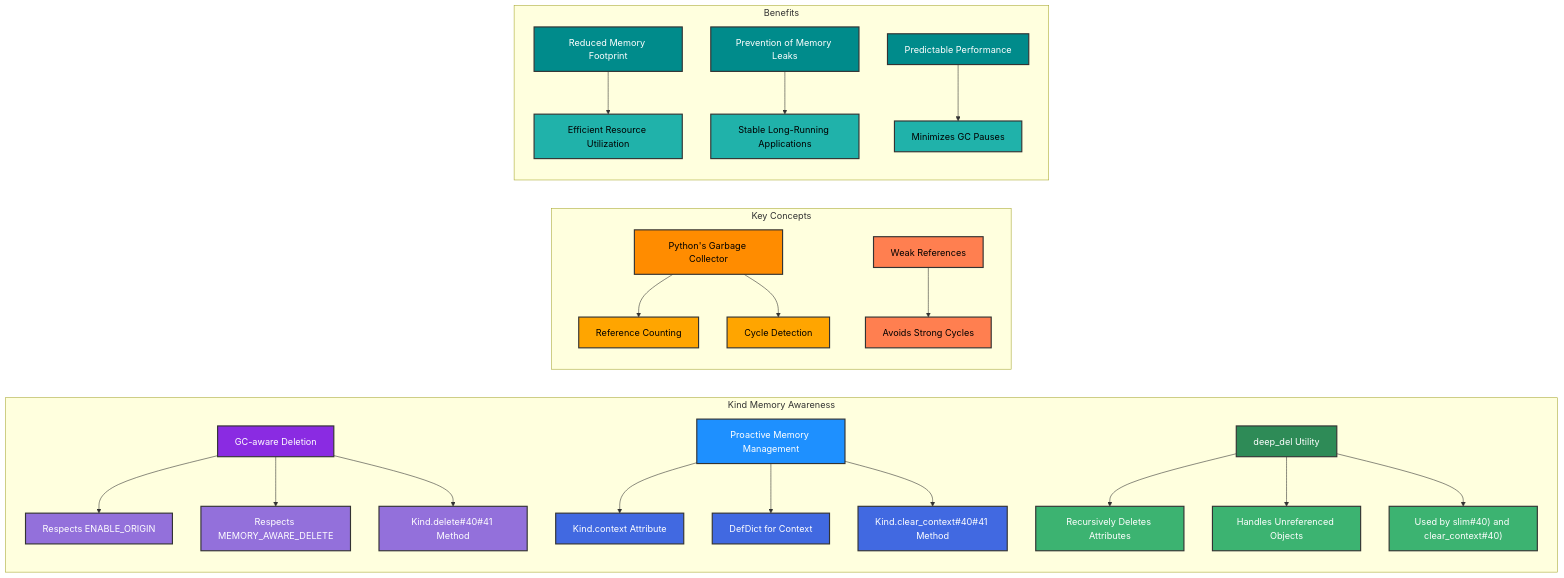
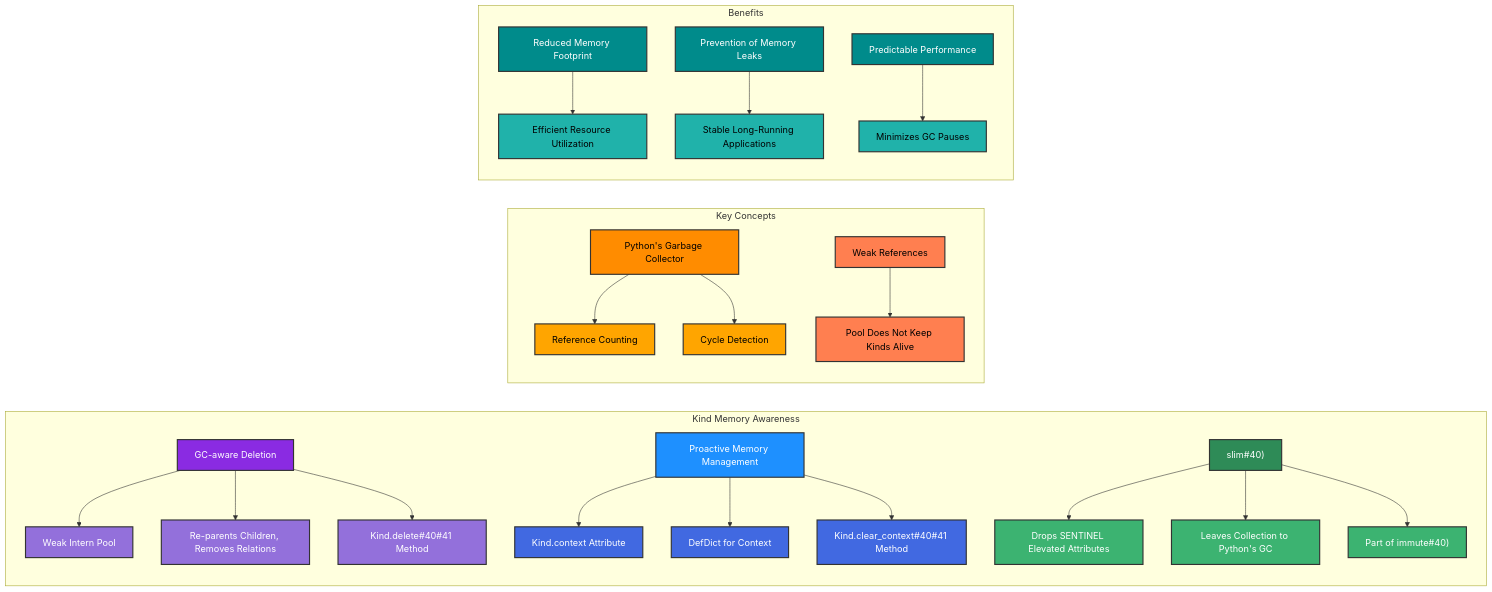
Before and after one commit to ikko/kind: the diagram in docs/topics/10_memory_awareness/memory_awareness_overview.mmd, drawn with Mermaid. The commit also changed 62 other files, not shown here.

```diff
--- a/docs/topics/10_memory_awareness/memory_awareness_overview.mmd
+++ b/docs/topics/10_memory_awareness/memory_awareness_overview.mmd
@@ -1,59 +1,59 @@
 graph LR
     subgraph "Kind Memory Awareness"
-        A[GC-aware Deletion] --> B[Respects ENABLE_ORIGIN];
-        A --> C[Respects MEMORY_AWARE_DELETE];
+        A[GC-aware Deletion] --> B[Weak Intern Pool];
+        A --> C[Re-parents Children, Removes Relations];
         A --> D[Kind.delete#40#41 Method];
 
         E[Proactive Memory Management] --> F[Kind.context Attribute];
         E --> G[DefDict for Context];
         E --> H[Kind.clear_context#40#41 Method];
 
-        I[deep_del Utility] --> J[Recursively Deletes Attributes];
-        I --> K[Handles Unreferenced Objects];
-        I --> L[Used by slim#40#41; and clear_context#40#41;];
+        I[slim#40#41;] --> J[Drops SENTINEL Elevated Attributes];
+        I --> K[Leaves Collection to Python's GC];
+        I --> L[Part of immute#40#41;];
     end
 
     subgraph "Key Concepts"
         M[Python's Garbage Collector] --> N[Reference Counting];
         M --> O[Cycle Detection];
-        P[Weak References] --> Q[Avoids Strong Cycles];
+        P[Weak References] --> Q[Pool Does Not Keep Kinds Alive];
     end
 
     subgraph "Benefits"
         R[Reduced Memory Footprint] --> S[Efficient Resource Utilization];
         T[Prevention of Memory Leaks] --> U[Stable Long-Running Applications];
         V[Predictable Performance] --> W[Minimizes GC Pauses];
     end
 
     %% Core deletion functionality - purple theme
     style A fill:#8A2BE2,stroke:#333,stroke-width:2px,color:#FFFFFF;
     style B fill:#9370DB,stroke:#333,stroke-width:2px,color:#FFFFFF;
     style C fill:#9370DB,stroke:#333,stroke-width:2px,color:#FFFFFF;
     style D fill:#9370DB,stroke:#333,stroke-width:2px,color:#FFFFFF;
 
     %% Proactive management - blue theme
     style E fill:#1E90FF,stroke:#333,stroke-width:2px,color:#FFFFFF;
     style F fill:#4169E1,stroke:#333,stroke-width:2px,color:#FFFFFF;
     style G fill:#4169E1,stroke:#333,stroke-width:2px,color:#FFFFFF;
     style H fill:#4169E1,stroke:#333,stroke-width:2px,color:#FFFFFF;
 
     %% Utility functions - green theme
     style I fill:#2E8B57,stroke:#333,stroke-width:2px,color:#FFFFFF;
     style J fill:#3CB371,stroke:#333,stroke-width:2px,color:#FFFFFF;
     style K fill:#3CB371,stroke:#333,stroke-width:2px,color:#FFFFFF;
     style L fill:#3CB371,stroke:#333,stroke-width:2px,color:#FFFFFF;
 
     %% Python concepts - orange theme
     style M fill:#FF8C00,stroke:#333,stroke-width:2px,color:#000000;
     style N fill:#FFA500,stroke:#333,stroke-width:2px,color:#000000;
     style O fill:#FFA500,stroke:#333,stroke-width:2px,color:#000000;
     style P fill:#FF7F50,stroke:#333,stroke-width:2px,color:#000000;
     style Q fill:#FF7F50,stroke:#333,stroke-width:2px,color:#000000;
 
     %% Benefits - teal theme
     style R fill:#008B8B,stroke:#333,stroke-width:2px,color:#FFFFFF;
     style S fill:#20B2AA,stroke:#333,stroke-width:2px,color:#000000;
     style T fill:#008B8B,stroke:#333,stroke-width:2px,color:#FFFFFF;
     style U fill:#20B2AA,stroke:#333,stroke-width:2px,color:#000000;
     style V fill:#008B8B,stroke:#333,stroke-width:2px,color:#FFFFFF;
     style W fill:#20B2AA,stroke:#333,stroke-width:2px,color:#000000;
```
